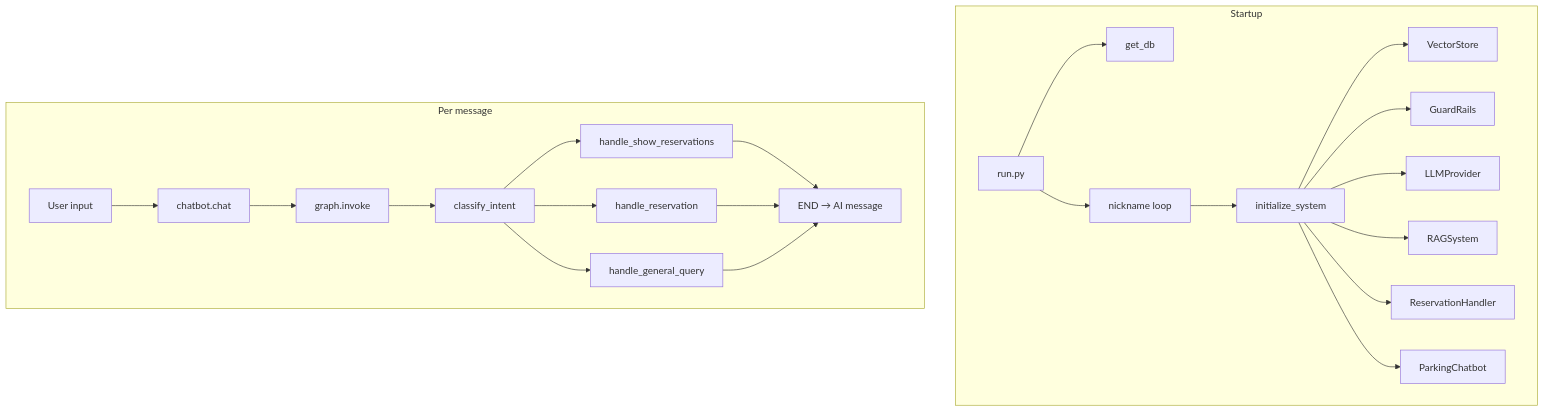
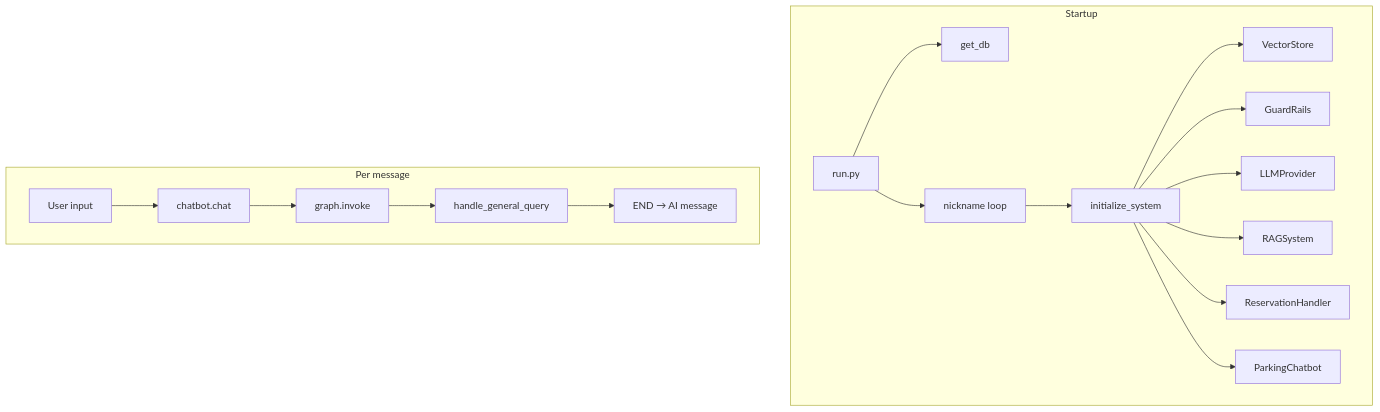
One commit to oliaboo/parking_reservation_chatbot changed the second of 9 diagrams in docs/SYSTEM_SUMMARY.md. Above: the diagram before and after it, drawn with Mermaid. The commit also changed other lines of this file and 6 other files, not shown here.

````diff
--- a/docs/SYSTEM_SUMMARY.md
+++ b/docs/SYSTEM_SUMMARY.md
@@ -73,25 +75,20 @@
 ```mermaid
 flowchart TB
   subgraph startup["Startup"]
     R[run.py] --> G[get_db]
     R --> N[nickname loop]
     N --> I[initialize_system]
     I --> VS[VectorStore]
     I --> GR[GuardRails]
     I --> LLM[LLMProvider]
     I --> RAG[RAGSystem]
     I --> RH[ReservationHandler]
     I --> PC[ParkingChatbot]
   end
   subgraph permsg["Per message"]
     U[User input] --> CHAT[chatbot.chat]
     CHAT --> INV[graph.invoke]
-    INV --> CI[classify_intent]
-    CI --> H1[handle_show_reservations]
-    CI --> H2[handle_reservation]
-    CI --> H3[handle_general_query]
-    H1 --> END[END → AI message]
-    H2 --> END
-    H3 --> END
+    INV --> HG[handle_general_query]
+    HG --> END[END → AI message]
   end
 ```
````
